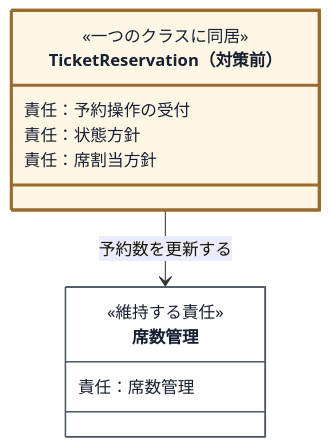
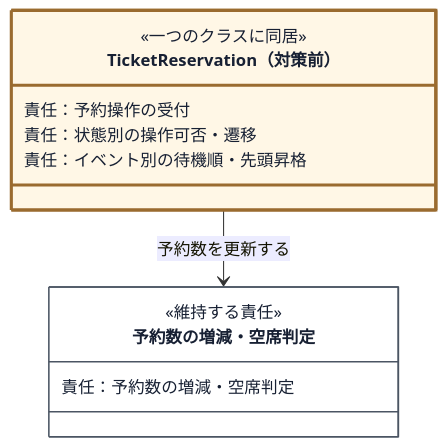
Before and after one commit to kumachan1101-pixel/DesignPattern: diagram 11 of 24 in kindle/design-patterns/books/volume01-core-patterns/output/04-chapter02.md, drawn with Mermaid. The commit also changed other lines of this file and 17 other files, not shown here.

````diff
--- a/kindle/design-patterns/books/volume01-core-patterns/output/04-chapter02.md
+++ b/kindle/design-patterns/books/volume01-core-patterns/output/04-chapter02.md
@@ -1356,19 +1430,19 @@
 ```mermaid
 classDiagram
     %% provisional-role-diagram
     direction TB
     class TrialReservation["TicketReservation（対策前）"]:::current {
         <<一つのクラスに同居>>
         責任：予約操作の受付
-        責任：状態方針
-        責任：席割当方針
+        責任：状態別の操作可否・遷移
+        責任：イベント別の待機順・先頭昇格
     }
-    class SeatCount["席数管理"]:::stable {
+    class SeatCount["予約数の増減・空席判定"]:::stable {
         <<維持する責任>>
-        責任：席数管理
+        責任：予約数の増減・空席判定
     }
     TrialReservation --> SeatCount : 予約数を更新する
 
     classDef stable fill:#ffffff,stroke:#4b5563,stroke-width:1.5px,color:#172033;
     classDef current fill:#fff7e6,stroke:#9a6b2f,stroke-width:3px,color:#172033;
 ```
````
